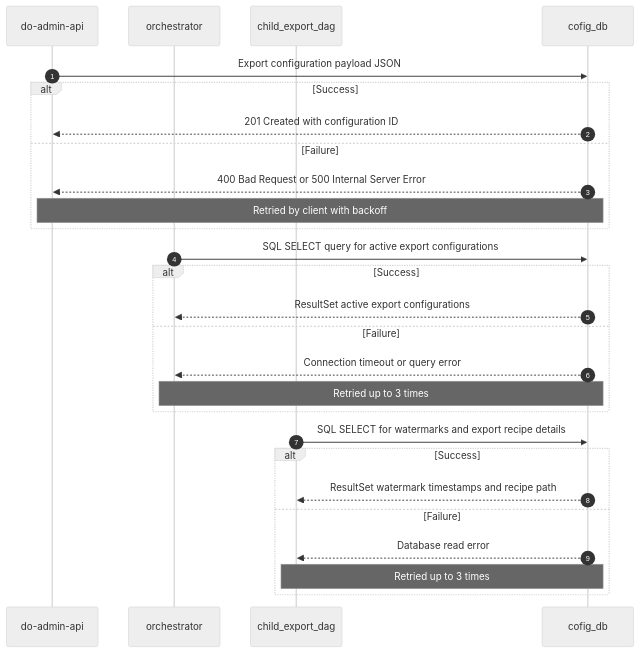
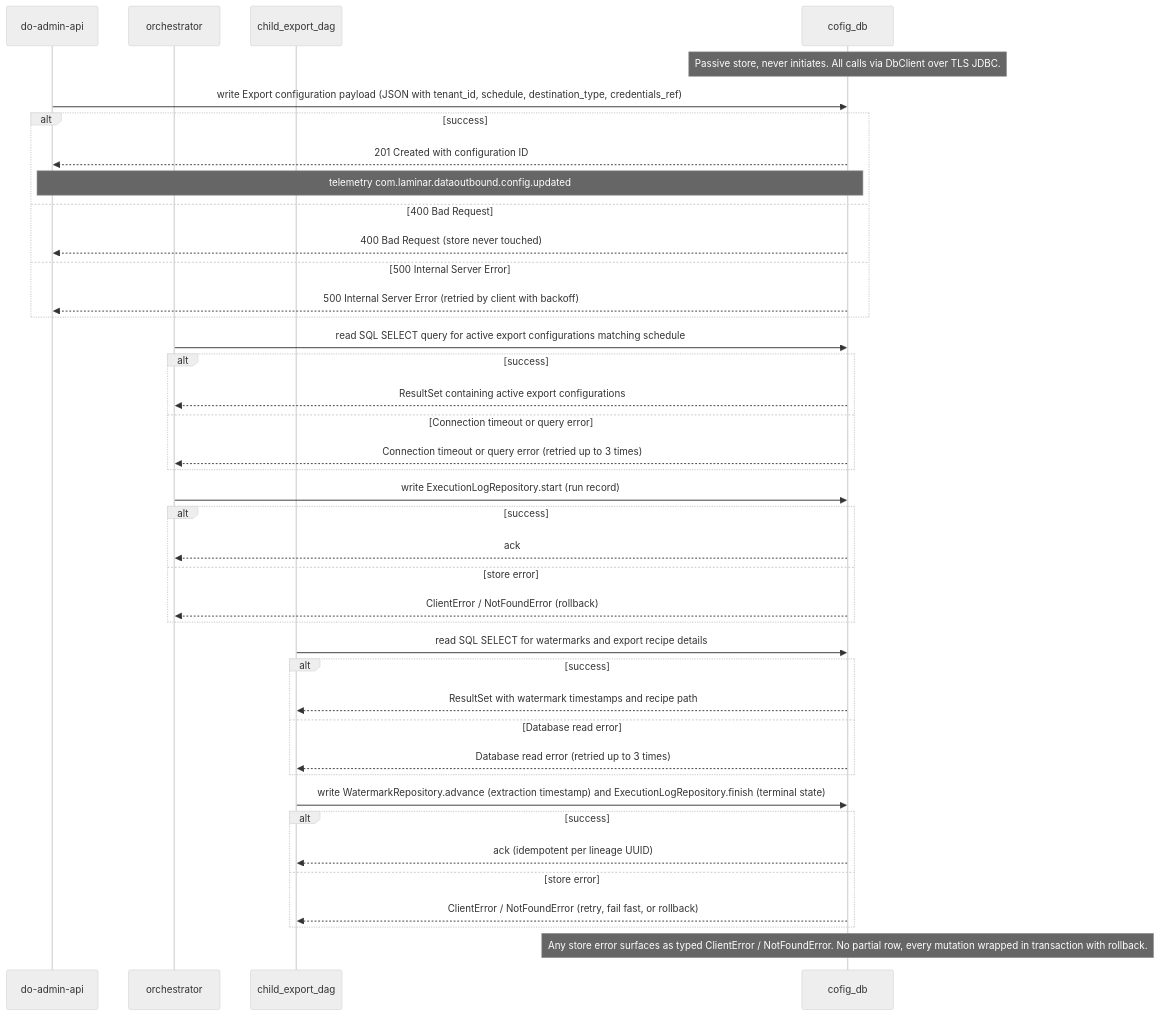
The seventh of 13 diagrams in docs/design/dataoutbound_product_section_tree_high_level_design.md (laminarzk/rudra-repo), drawn with Mermaid (neutral theme) before and after one commit. The commit also changed other lines of this file and 10 other files, not shown here.

Commit message:
Rudra: generate architecture documents

````diff
--- a/docs/design/dataoutbound_product_section_tree_high_level_design.md
+++ b/docs/design/dataoutbound_product_section_tree_high_level_design.md
@@ -3474,32 +3529,49 @@
 ```mermaid
 sequenceDiagram
-autonumber
-participant admin as do-admin-api
-participant orch as orchestrator
-participant child as child_export_dag
-participant db as cofig_db
+    participant Admin as do-admin-api
+    participant Orch as orchestrator
+    participant Child as child_export_dag
+    participant DB as cofig_db
 
-admin->>db: Export configuration payload JSON
-alt Success
-    db-->>admin: 201 Created with configuration ID
-else Failure
-    db-->>admin: 400 Bad Request or 500 Internal Server Error
-    Note over admin,db: Retried by client with backoff
-end
+    Note over DB: Passive store, never initiates. All calls via DbClient over TLS JDBC.
 
-orch->>db: SQL SELECT query for active export configurations
-alt Success
-    db-->>orch: ResultSet active export configurations
-else Failure
-    db-->>orch: Connection timeout or query error
-    Note over orch,db: Retried up to 3 times
-end
+    Admin->>DB: write Export configuration payload (JSON with tenant_id, schedule, destination_type, credentials_ref)
+    alt success
+        DB-->>Admin: 201 Created with configuration ID
+        Note over Admin,DB: telemetry com.laminar.dataoutbound.config.updated
+    else 400 Bad Request
+        DB-->>Admin: 400 Bad Request (store never touched)
+    else 500 Internal Server Error
+        DB-->>Admin: 500 Internal Server Error (retried by client with backoff)
+    end
 
-child->>db: SQL SELECT for watermarks and export recipe details
-alt Success
-    db-->>child: ResultSet watermark timestamps and recipe path
-else Failure
-    db-->>child: Database read error
-    Note over child,db: Retried up to 3 times
-end
+    Orch->>DB: read SQL SELECT query for active export configurations matching schedule
+    alt success
+        DB-->>Orch: ResultSet containing active export configurations
+    else Connection timeout or query error
+        DB-->>Orch: Connection timeout or query error (retried up to 3 times)
+    end
+
+    Orch->>DB: write ExecutionLogRepository.start (run record)
+    alt success
+        DB-->>Orch: ack
+    else store error
+        DB-->>Orch: ClientError / NotFoundError (rollback)
+    end
+
+    Child->>DB: read SQL SELECT for watermarks and export recipe details
+    alt success
+        DB-->>Child: ResultSet with watermark timestamps and recipe path
+    else Database read error
+        DB-->>Child: Database read error (retried up to 3 times)
+    end
+
+    Child->>DB: write WatermarkRepository.advance (extraction timestamp) and ExecutionLogRepository.finish (terminal state)
+    alt success
+        DB-->>Child: ack (idempotent per lineage UUID)
+    else store error
+        DB-->>Child: ClientError / NotFoundError (retry, fail fast, or rollback)
+    end
+
+    Note over DB: Any store error surfaces as typed ClientError / NotFoundError. No partial row, every mutation wrapped in transaction with rollback.
 ```
````
